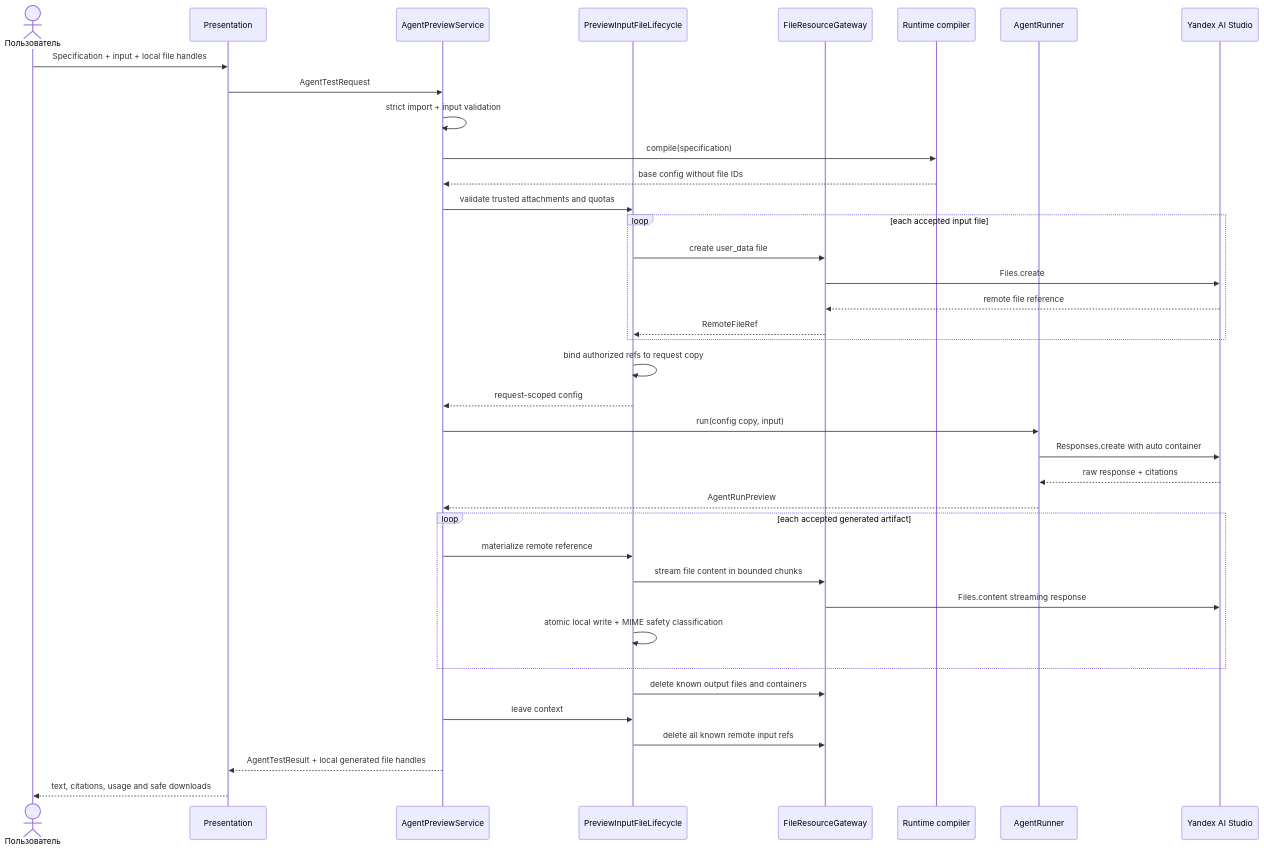
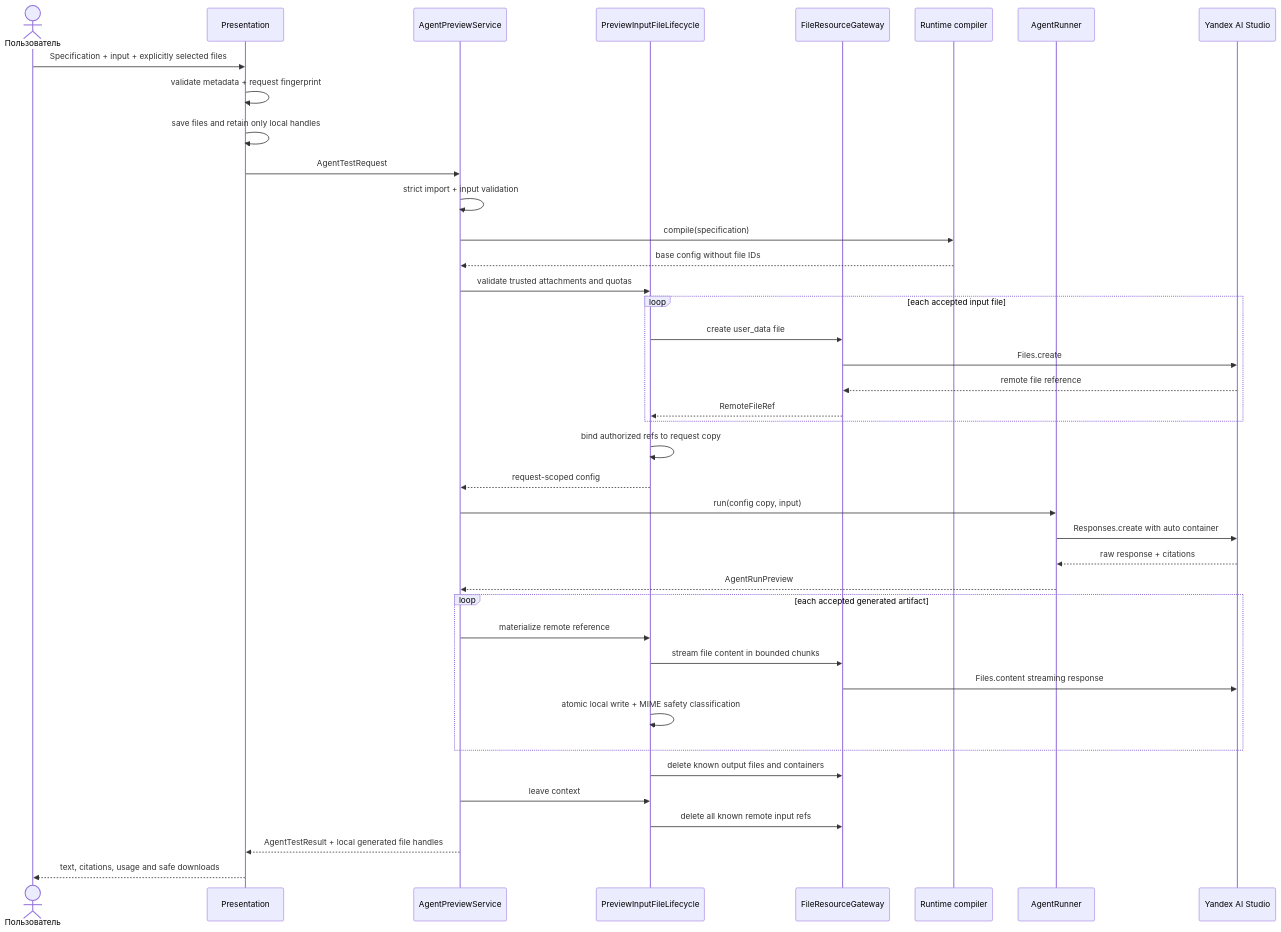
One commit to krevetka-is-afk/llm-agent-for-ai-studio changed the third of 3 diagrams in docs/architecture/sequences.md. Above: the diagram before and after it, drawn with Mermaid. The commit also changed 6 other files, not shown here.

````diff
--- a/docs/architecture/sequences.md
+++ b/docs/architecture/sequences.md
@@ -64,41 +64,43 @@
 ```mermaid
 sequenceDiagram
     actor User as Пользователь
     participant UI as Presentation
     participant Preview as AgentPreviewService
     participant Files as PreviewInputFileLifecycle
     participant Gateway as FileResourceGateway
     participant Compiler as Runtime compiler
     participant Runner as AgentRunner
     participant API as Yandex AI Studio
 
-    User->>UI: Specification + input + local file handles
+    User->>UI: Specification + input + explicitly selected files
+    UI->>UI: validate metadata + request fingerprint
+    UI->>UI: save files and retain only local handles
     UI->>Preview: AgentTestRequest
     Preview->>Preview: strict import + input validation
     Preview->>Compiler: compile(specification)
     Compiler-->>Preview: base config without file IDs
     Preview->>Files: validate trusted attachments and quotas
     loop each accepted input file
         Files->>Gateway: create user_data file
         Gateway->>API: Files.create
         API-->>Gateway: remote file reference
         Gateway-->>Files: RemoteFileRef
     end
     Files->>Files: bind authorized refs to request copy
     Files-->>Preview: request-scoped config
     Preview->>Runner: run(config copy, input)
     Runner->>API: Responses.create with auto container
     API-->>Runner: raw response + citations
     Runner-->>Preview: AgentRunPreview
     loop each accepted generated artifact
         Preview->>Files: materialize remote reference
         Files->>Gateway: stream file content in bounded chunks
         Gateway->>API: Files.content streaming response
         Files->>Files: atomic local write + MIME safety classification
     end
     Files->>Gateway: delete known output files and containers
     Preview->>Files: leave context
     Files->>Gateway: delete all known remote input refs
     Preview-->>UI: AgentTestResult + local generated file handles
     UI-->>User: text, citations, usage and safe downloads
 ```
````
